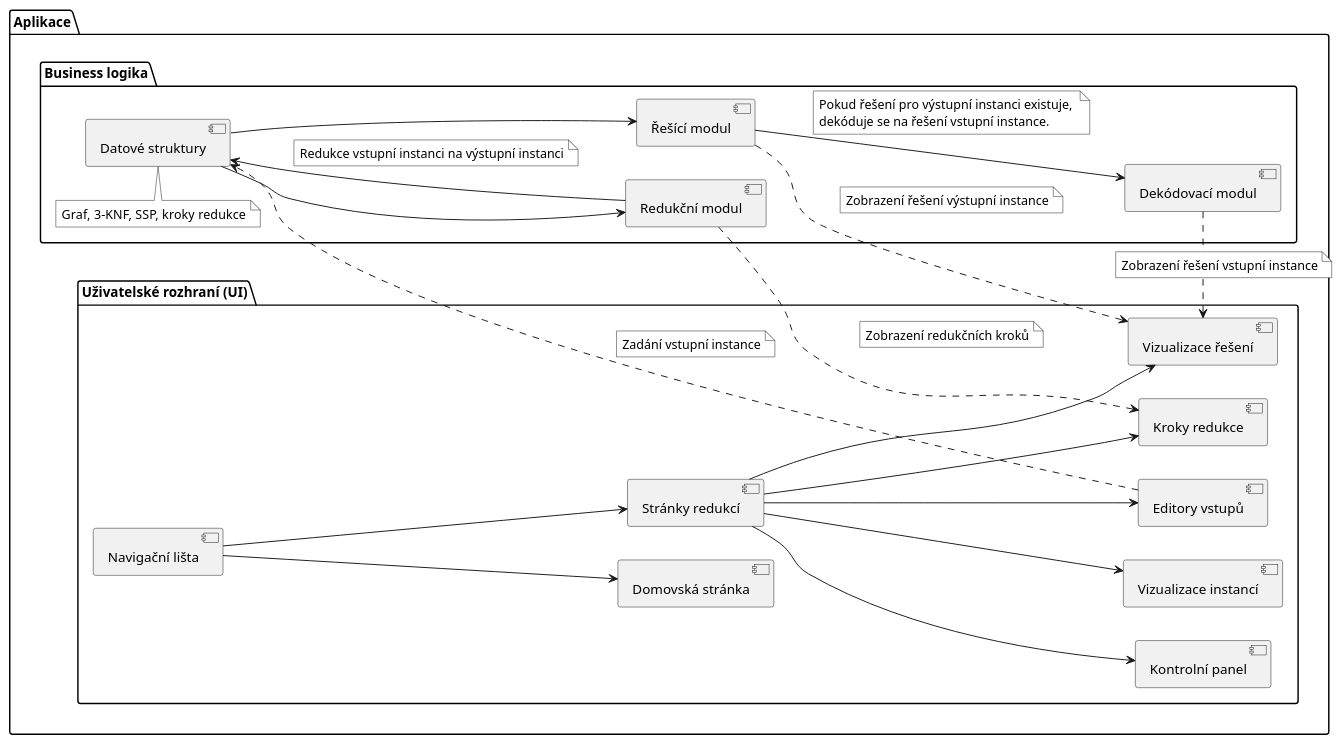
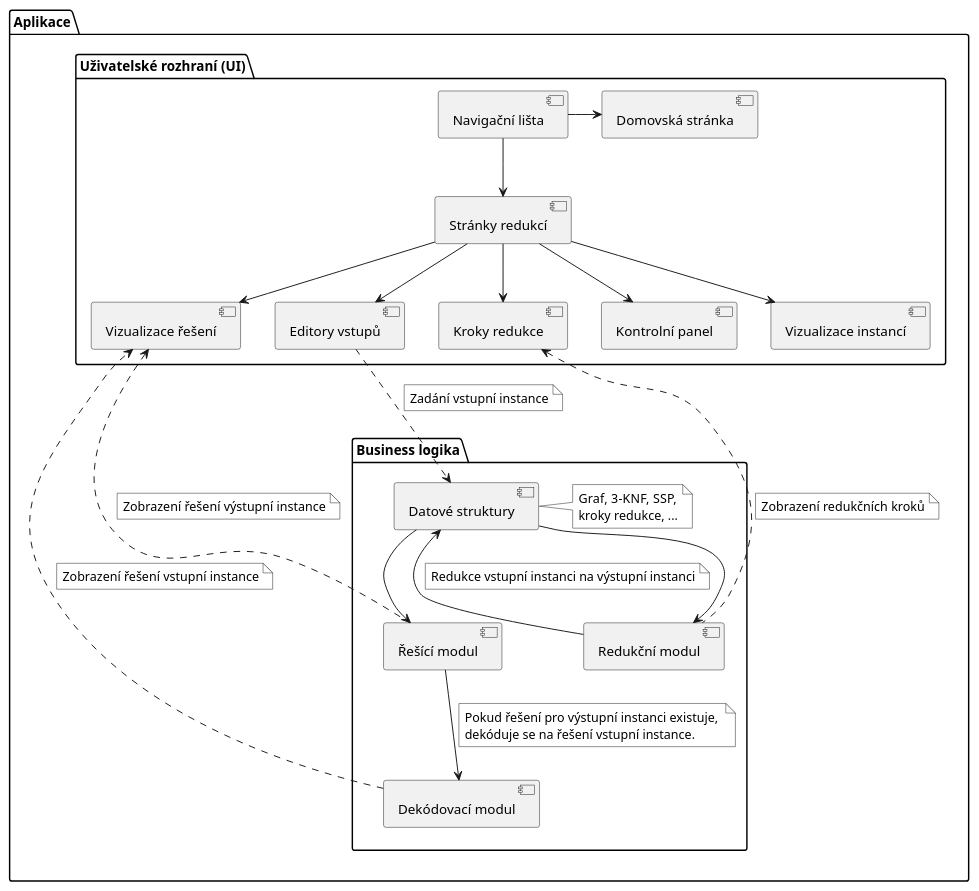
Before and after one commit to phatt-23/BP: the diagram in paper/assets/plantuml/component-diagram.puml, drawn with PlantUML. The commit also changed 24 other files, not shown here.

```diff
--- a/paper/assets/plantuml/component-diagram.puml
+++ b/paper/assets/plantuml/component-diagram.puml
@@ -1,82 +1,81 @@
 @startuml component-diagram
-/'skinparam packageStyle rectangle'/
-left to right direction
 skinparam noteBackgroundColor #FFFFFF
 
 package "Aplikace" {
 
-  together {
-    package "Business logika" {
-      [Datové struktury]
-      note top of [Datové struktury]: Graf, 3-KNF, SSP, kroky redukce
-
-      [Redukční modul]
-      [Řešící modul]
-      [Dekódovací modul]
-    }
-  }
   
-  together {
-    package "Uživatelské rozhraní (UI)" {
+    package "Uživatelské rozhraní (UI)" as UI {
       [Navigační lišta]
       [Domovská stránka]
       
       [Stránky redukcí]
       [Editory vstupů]
       [Kontrolní panel]
       [Vizualizace instancí]
       [Vizualizace řešení]
       [Kroky redukce]
     }
-  }
 
+    package "Business logika" as logic {
+      [Datové struktury]
+      note right of [Datové struktury]: Graf, 3-KNF, SSP,\nkroky redukce, ...
+
+      [Redukční modul]
+      [Řešící modul]
+      [Dekódovací modul]
+    }
 }
 
+[Vizualizace řešení] -down[hidden]-> logic
+      
+/'UI -right[hidden]-> logic'/
+
+
 ' --- UI navigation ---
-[Navigační lišta] --> [Domovská stránka]
-[Navigační lišta] --> [Stránky redukcí] 
+[Navigační lišta] -right-> [Domovská stránka]
+[Navigační lišta] -down-> [Stránky redukcí] 
 
-[Stránky redukcí] --> [Editory vstupů]
-[Stránky redukcí] --> [Kontrolní panel]
-[Stránky redukcí] --> [Vizualizace instancí]
-[Stránky redukcí] --> [Vizualizace řešení]
-[Stránky redukcí] --> [Kroky redukce]
+[Stránky redukcí] -down-> [Editory vstupů]
+[Stránky redukcí] -down-> [Kontrolní panel]
+[Stránky redukcí] -down-> [Vizualizace instancí]
+[Stránky redukcí] -down-> [Vizualizace řešení]
+[Stránky redukcí] -down-> [Kroky redukce]
 
 ' --- Business logic ---
-[Editory vstupů] -[dashed]-> [Datové struktury]
+[Editory vstupů] .down.> [Datové struktury]
 note on link
   Zadání vstupní instance
 end note
 
-[Datové struktury] --> [Redukční modul]
+[Datové struktury] -down-> [Redukční modul]
 
-[Redukční modul] --> [Datové struktury]
+[Redukční modul] -left-> [Datové struktury]
 note on link
   Redukce vstupní instanci na výstupní instanci
 end note
 
 [Datové struktury] --> [Řešící modul]
 
 [Řešící modul] --> [Dekódovací modul]
 note on link
     Pokud řešení pro výstupní instanci existuje, 
     dekóduje se na řešení vstupní instance.
 end note
 
 ' --- Output back to UI ---
-[Redukční modul] -[dashed]-> [Kroky redukce]
+[Redukční modul] -up[dashed]-> [Kroky redukce]
 note on link
   Zobrazení redukčních kroků
 end note
 
-[Řešící modul] -[dashed]-> [Vizualizace řešení]
+[Řešící modul] -up[dashed]-> [Vizualizace řešení]
 note on link
   Zobrazení řešení výstupní instance
 end note
 
-[Dekódovací modul] -[dashed]-> [Vizualizace řešení]
+[Dekódovací modul] -right[dashed]-> [Vizualizace řešení]
 note on link
   Zobrazení řešení vstupní instance
 end note
 
 @enduml
```
